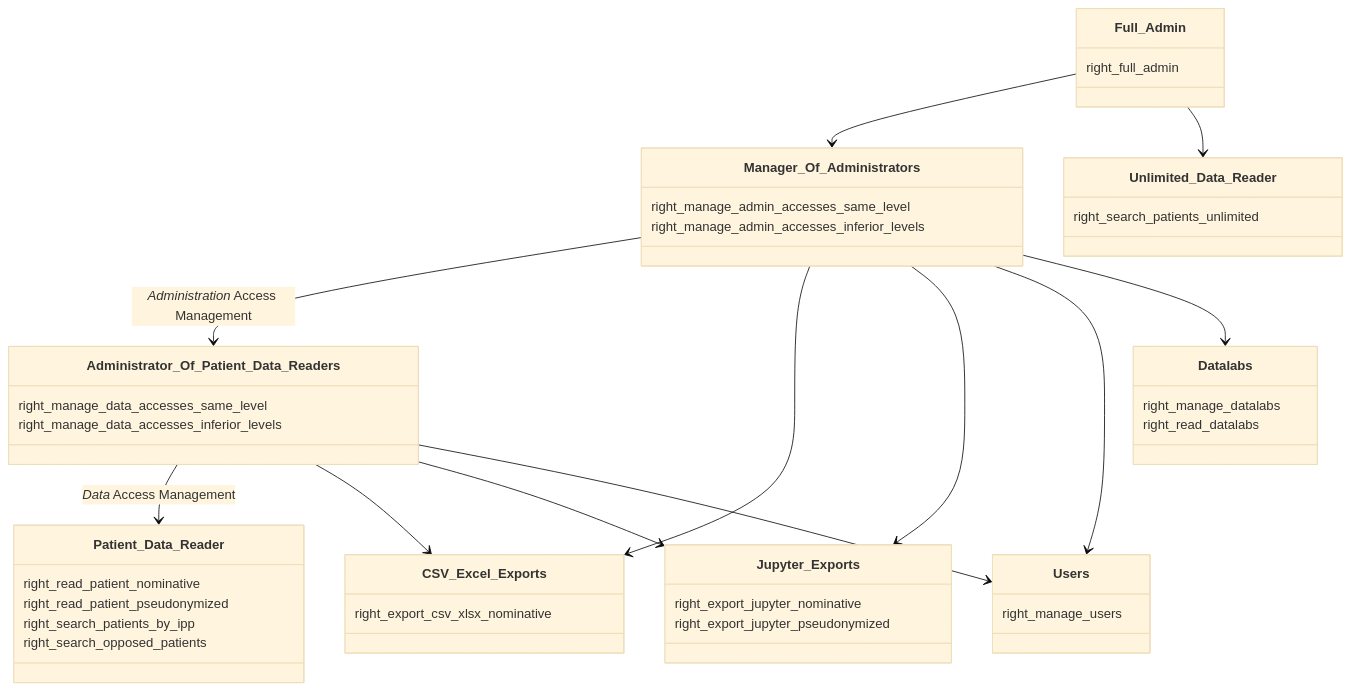
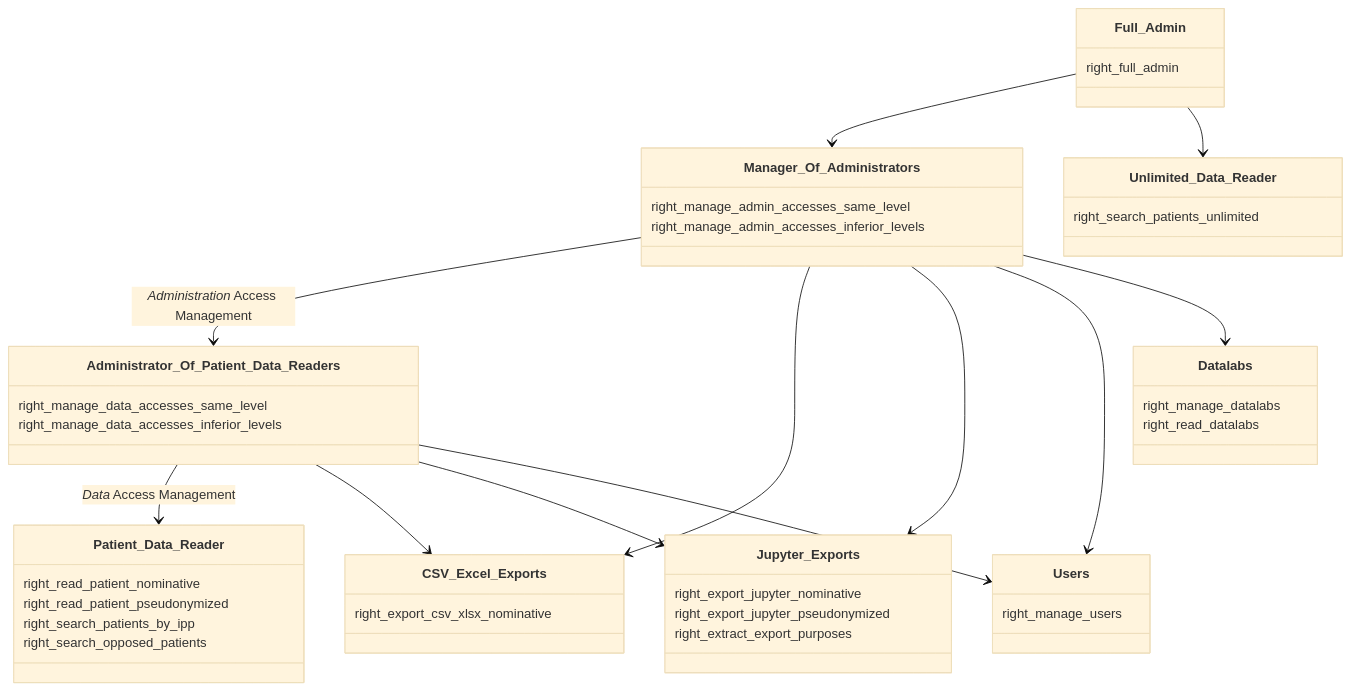
One commit to aphp/Cohort360-Back-end changed the first of 2 diagrams in .docs/rights_schema.md. Above: the diagram before and after it, drawn with Mermaid (base theme). The commit also changed other lines of this file and 5 other files, not shown here.

First line of the commit message:
feat(3645): add right to extract export purposes

````diff
--- a/.docs/rights_schema.md
+++ b/.docs/rights_schema.md
@@ -1,49 +1,50 @@
 ```mermaid
 classDiagram
 class Full_Admin {
   right_full_admin
 }
 class Unlimited_Data_Reader {
   right_search_patients_unlimited
 }
 class Manager_Of_Administrators {
   right_manage_admin_accesses_same_level
   right_manage_admin_accesses_inferior_levels
 }
 class Administrator_Of_Patient_Data_Readers {
   right_manage_data_accesses_same_level
   right_manage_data_accesses_inferior_levels
 }
 class Patient_Data_Reader {
   right_read_patient_nominative
   right_read_patient_pseudonymized
   right_search_patients_by_ipp
   right_search_opposed_patients
 }
 class CSV_Excel_Exports {
   right_export_csv_xlsx_nominative
 }
 class Jupyter_Exports {
   right_export_jupyter_nominative
   right_export_jupyter_pseudonymized
+  right_extract_export_purposes
 }
 class Users {
   right_manage_users
 }
 class Datalabs {
   right_manage_datalabs
   right_read_datalabs
 }
 
 Full_Admin --> Manager_Of_Administrators
 Full_Admin --> Unlimited_Data_Reader
 Manager_Of_Administrators --> Administrator_Of_Patient_Data_Readers : *Administration* Access Management 
 Administrator_Of_Patient_Data_Readers --> Patient_Data_Reader : *Data* Access Management
 Manager_Of_Administrators --> CSV_Excel_Exports
 Manager_Of_Administrators --> Jupyter_Exports
 Manager_Of_Administrators --> Users
 Manager_Of_Administrators --> Datalabs
 Administrator_Of_Patient_Data_Readers --> CSV_Excel_Exports
 Administrator_Of_Patient_Data_Readers --> Jupyter_Exports
 Administrator_Of_Patient_Data_Readers --> Users
 ```
````
